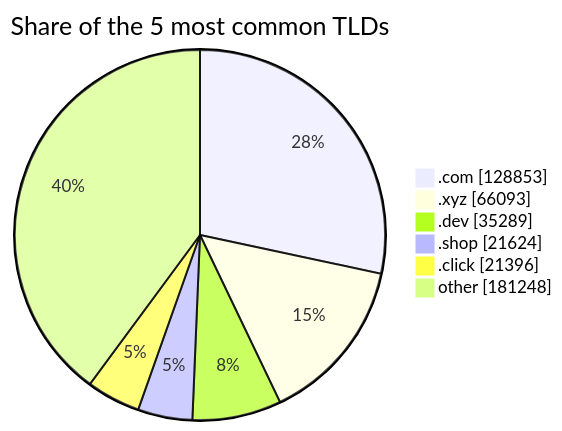
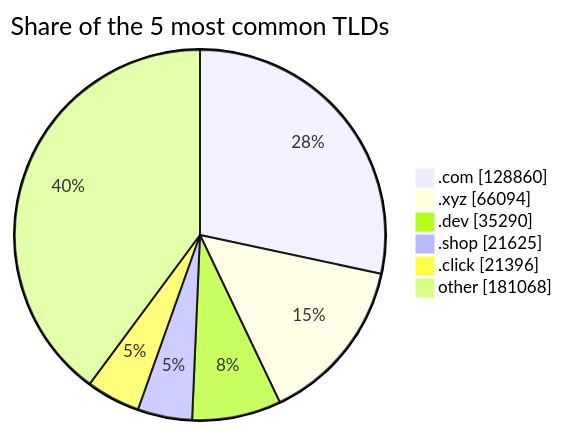
Before and after one commit to DNSBunker/CTI: the third of 3 diagrams in README.md, drawn with Mermaid. The commit also changed other lines of this file and 3 other files, not shown here.

````diff
--- a/README.md
+++ b/README.md
@@ -81,9 +81,9 @@
 ```mermaid
 pie showData title Share of the 5 most common TLDs
-    ".com" : 128853
-    ".xyz" : 66093
-    ".dev" : 35289
-    ".shop" : 21624
+    ".com" : 128860
+    ".xyz" : 66094
+    ".dev" : 35290
+    ".shop" : 21625
     ".click" : 21396
-    "other" : 181248
+    "other" : 181068
 ```
````
